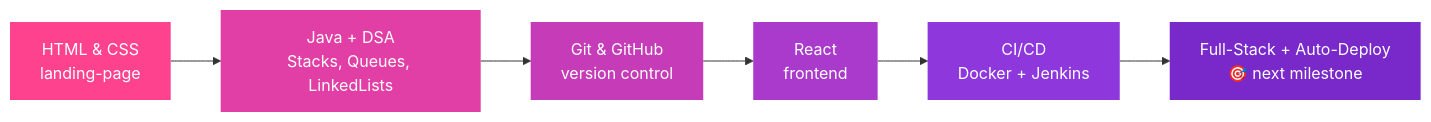
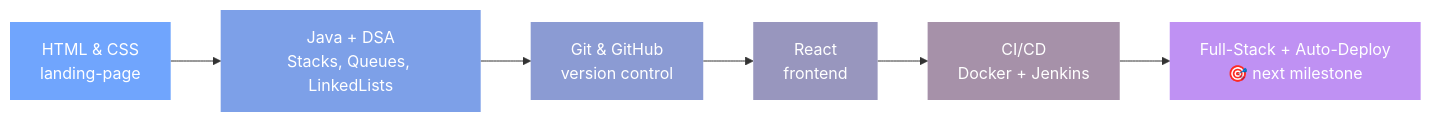
Before and after one commit to HassanNasir2004/HassanNasir2004: the diagram in README.md, drawn with Mermaid. The commit also changed other lines of this file, not shown here.

````diff
--- a/README.md
+++ b/README.md
@@ -78,15 +78,15 @@
 ```mermaid
 flowchart LR
     A[HTML & CSS<br/>landing-page] --> B[Java + DSA<br/>Stacks, Queues, LinkedLists]
     B --> C[Git & GitHub<br/>version control]
     C --> D[React<br/>frontend]
     D --> E[CI/CD<br/>Docker + Jenkins]
     E --> F[Full-Stack + Auto-Deploy<br/>🎯 next milestone]
 
-    style A fill:#FE428E,color:#fff,stroke:none
-    style B fill:#E23FA6,color:#fff,stroke:none
-    style C fill:#C63CB8,color:#fff,stroke:none
-    style D fill:#A93ACB,color:#fff,stroke:none
-    style E fill:#8D37DD,color:#fff,stroke:none
-    style F fill:#7928CA,color:#fff,stroke:none
+    style A fill:#70A5FD,color:#fff,stroke:none
+    style B fill:#7DA0E8,color:#fff,stroke:none
+    style C fill:#8B9BD3,color:#fff,stroke:none
+    style D fill:#9896BE,color:#fff,stroke:none
+    style E fill:#A691A9,color:#fff,stroke:none
+    style F fill:#BF91F3,color:#fff,stroke:none
 ```
````
